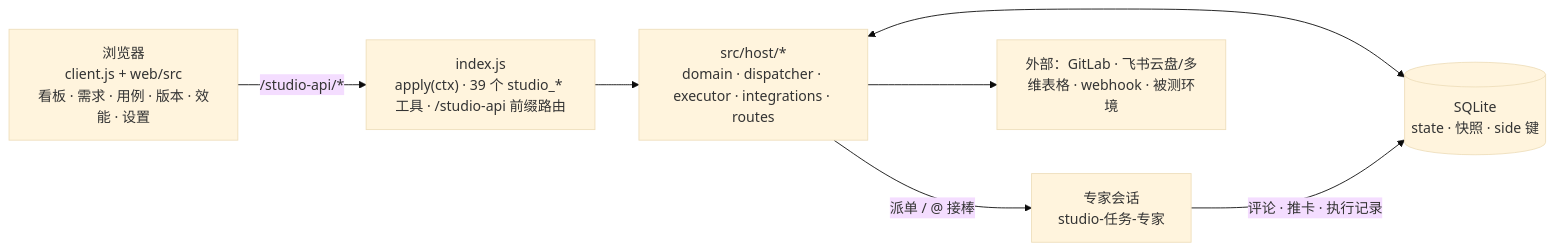
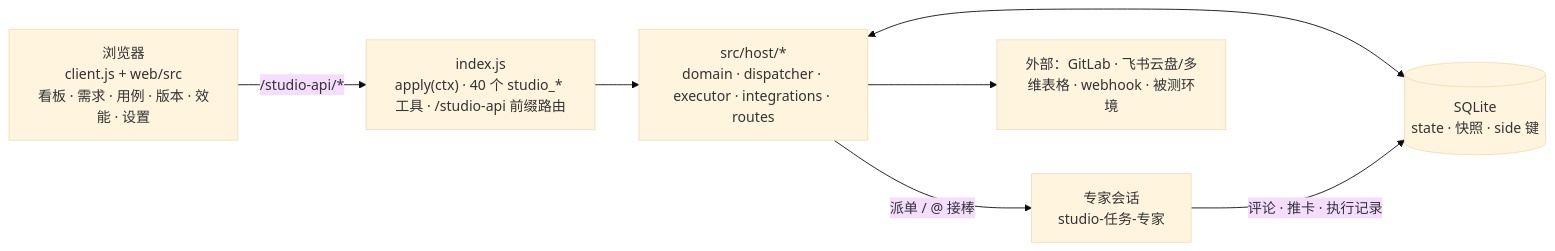
The diagram in README.md (linchuncheng/dsh-studio), drawn with Mermaid (base theme) before and after one commit. The commit also changed other lines of this file and 11 other files, not shown here.

````diff
--- a/README.md
+++ b/README.md
@@ -45,15 +45,15 @@
 ```mermaid
 flowchart LR
   UI["浏览器<br/>client.js + web/src<br/>看板 · 需求 · 用例 · 版本 · 效能 · 设置"]
-  API["index.js<br/>apply(ctx) · 39 个 studio_* 工具 · /studio-api 前缀路由"]
+  API["index.js<br/>apply(ctx) · 40 个 studio_* 工具 · /studio-api 前缀路由"]
   HOST["src/host/*<br/>domain · dispatcher · executor · integrations · routes"]
   DB[("SQLite<br/>state · 快照 · side 键")]
   AGENT["专家会话<br/>studio-任务-专家"]
   EXT["外部：GitLab · 飞书云盘/多维表格 · webhook · 被测环境"]
   UI -->|"/studio-api/*"| API
   API --> HOST
   HOST <--> DB
   HOST -->|"派单 / @ 接棒"| AGENT
   AGENT -->|"评论 · 推卡 · 执行记录"| DB
   HOST --> EXT
 ```
````
